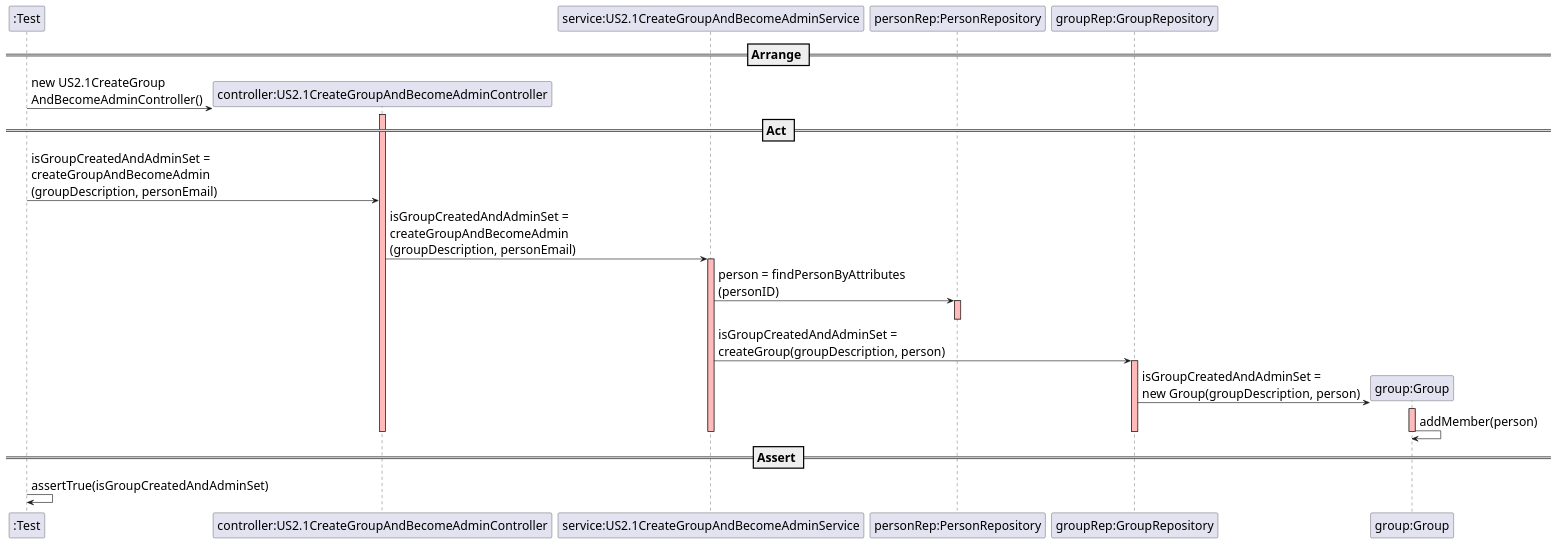
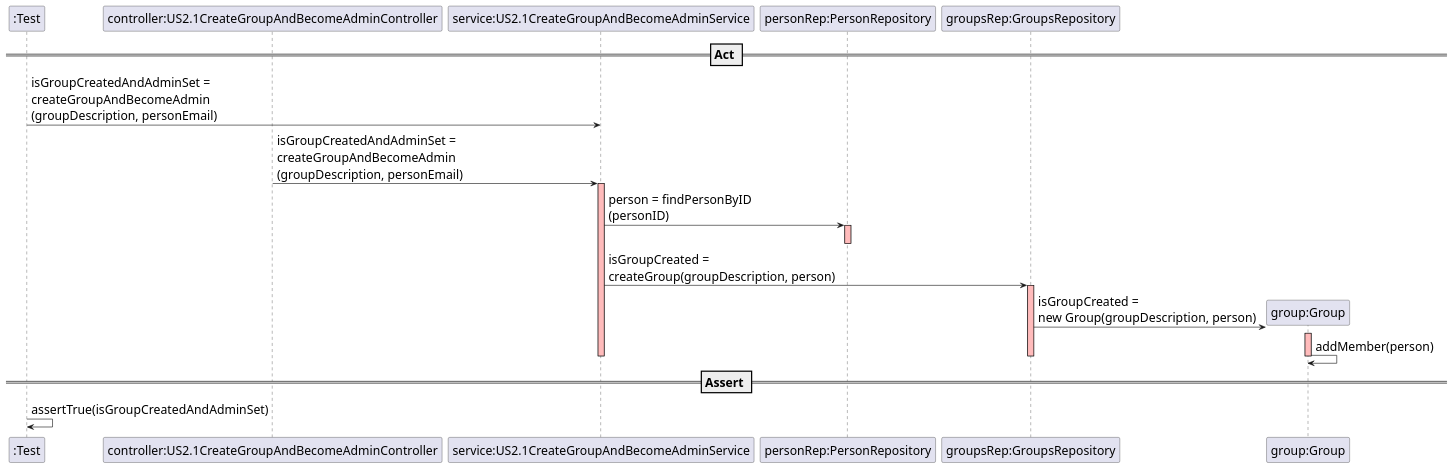
The diagram in src/main/java/switch2019/project/controllers/US002.1CreateGroupAndBecomeAdminSD.puml (mleitaoribeiro/DevOpsMaven), drawn with PlantUML before and after one commit.

Commit message:
ref #718 update class diagram

```diff
--- a/src/main/java/switch2019/project/controllers/US002.1CreateGroupAndBecomeAdminSD.puml
+++ b/src/main/java/switch2019/project/controllers/US002.1CreateGroupAndBecomeAdminSD.puml
@@ -1,44 +1,40 @@
 @startuml
 skinparam DefaultFontSize 20
-create ":Test"
 
-== Arrange ==
-
-create "controller:US2.1CreateGroupAndBecomeAdminController"
-":Test" -> "controller:US2.1CreateGroupAndBecomeAdminController" : new US2.1CreateGroup\nAndBecomeAdminController()
-activate "controller:US2.1CreateGroupAndBecomeAdminController" #FFBBBB
-
+participant ":Test"
+participant "controller:US2.1CreateGroupAndBecomeAdminController"
+participant "controller:US2.1CreateGroupAndBecomeAdminController"
 participant "service:US2.1CreateGroupAndBecomeAdminService"
 participant "personRep:PersonRepository"
-participant "groupRep:GroupRepository"
+participant "groupsRep:GroupsRepository"
 
 == Act ==
 
-":Test" -> "controller:US2.1CreateGroupAndBecomeAdminController" : isGroupCreatedAndAdminSet = \ncreateGroupAndBecomeAdmin\n(groupDescription, personEmail)
+":Test" -> "service:US2.1CreateGroupAndBecomeAdminService": isGroupCreatedAndAdminSet = \ncreateGroupAndBecomeAdmin\n(groupDescription, personEmail)
 
 "controller:US2.1CreateGroupAndBecomeAdminController" -> "service:US2.1CreateGroupAndBecomeAdminService": isGroupCreatedAndAdminSet = \ncreateGroupAndBecomeAdmin\n(groupDescription, personEmail)
 activate "service:US2.1CreateGroupAndBecomeAdminService" #FFBBBB
 
-"service:US2.1CreateGroupAndBecomeAdminService" -> "personRep:PersonRepository" : person = findPersonByAttributes\n(personID)
+"service:US2.1CreateGroupAndBecomeAdminService" -> "personRep:PersonRepository" : person = findPersonByID\n(personID)
 activate "personRep:PersonRepository" #FFBBBB
 deactivate "personRep:PersonRepository"
 
-"service:US2.1CreateGroupAndBecomeAdminService" -> "groupRep:GroupRepository" : isGroupCreatedAndAdminSet = \ncreateGroup(groupDescription, person)
-activate "groupRep:GroupRepository" #FFBBBB
+"service:US2.1CreateGroupAndBecomeAdminService" -> "groupsRep:GroupsRepository" : isGroupCreated = \ncreateGroup(groupDescription, person)
+activate "groupsRep:GroupsRepository" #FFBBBB
 
 create "group:Group"
-"groupRep:GroupRepository" -> "group:Group" : isGroupCreatedAndAdminSet =\nnew Group(groupDescription, person)
+"groupsRep:GroupsRepository" -> "group:Group" : isGroupCreated =\nnew Group(groupDescription, person)
 activate "group:Group" #FFBBBB
 "group:Group" -> "group:Group" : addMember(person)
 
 deactivate "group:Group"
-deactivate "groupRep:GroupRepository"
+deactivate "groupsRep:GroupsRepository"
 deactivate "personRep:PersonRepository"
 deactivate "service:US2.1CreateGroupAndBecomeAdminService"
 deactivate "controller:US2.1CreateGroupAndBecomeAdminController"
 
 == Assert ==
 
 ":Test" -> ":Test" : assertTrue(isGroupCreatedAndAdminSet)
 
 @enduml
```
